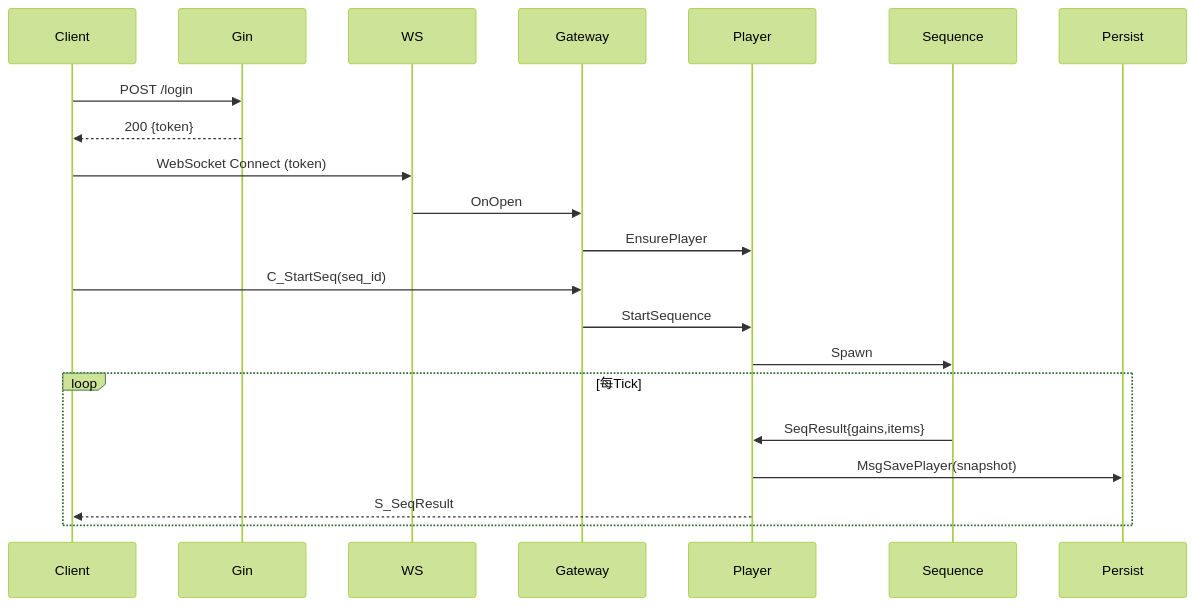
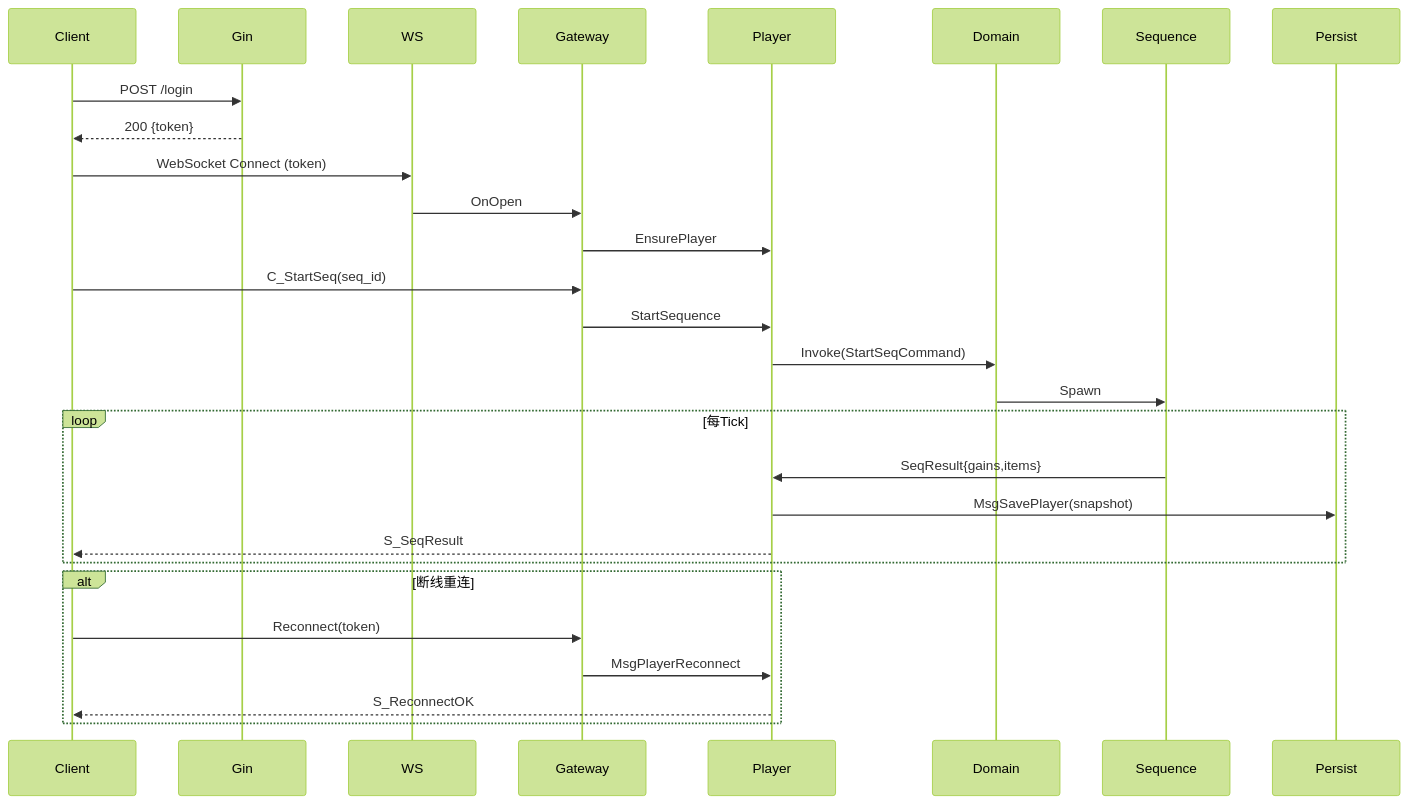
One commit to qq479733605-blip/IdleGame changed the second of 2 diagrams in README.md. Above: the diagram before and after it, drawn with Mermaid (forest theme). The commit also changed other lines of this file and 1 other file, not shown here.

````diff
--- a/README.md
+++ b/README.md
@@ -137,24 +132,32 @@
 ```mermaid
 sequenceDiagram
     participant Client
     participant Gin
     participant WS
     participant Gateway
     participant Player
+    participant Domain
     participant Sequence
     participant Persist
 
     Client->>Gin: POST /login
     Gin-->>Client: 200 {token}
     Client->>WS: WebSocket Connect (token)
     WS->>Gateway: OnOpen
     Gateway->>Player: EnsurePlayer
     Client->>Gateway: C_StartSeq(seq_id)
     Gateway->>Player: StartSequence
-    Player->>Sequence: Spawn
+    Player->>Domain: Invoke(StartSeqCommand)
+    Domain->>Sequence: Spawn
     loop 每Tick
         Sequence->>Player: SeqResult{gains,items}
         Player->>Persist: MsgSavePlayer(snapshot)
         Player-->>Client: S_SeqResult
     end
+
+    alt 断线重连
+        Client->>Gateway: Reconnect(token)
+        Gateway->>Player: MsgPlayerReconnect
+        Player-->>Client: S_ReconnectOK
+    end
 ```
````
